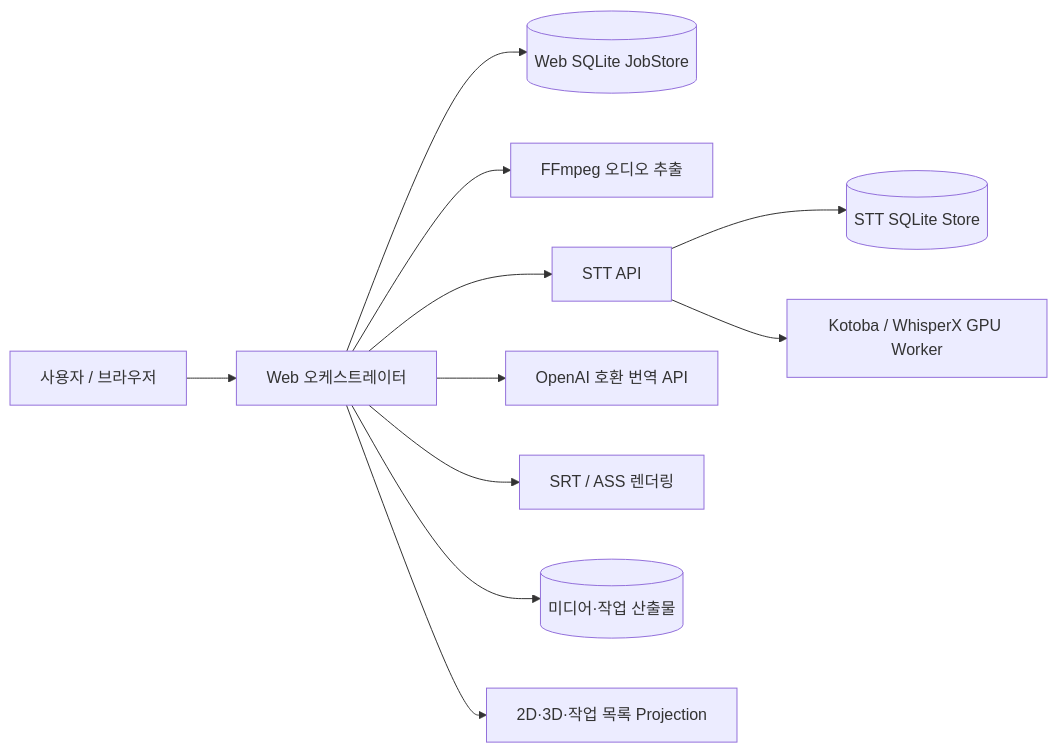
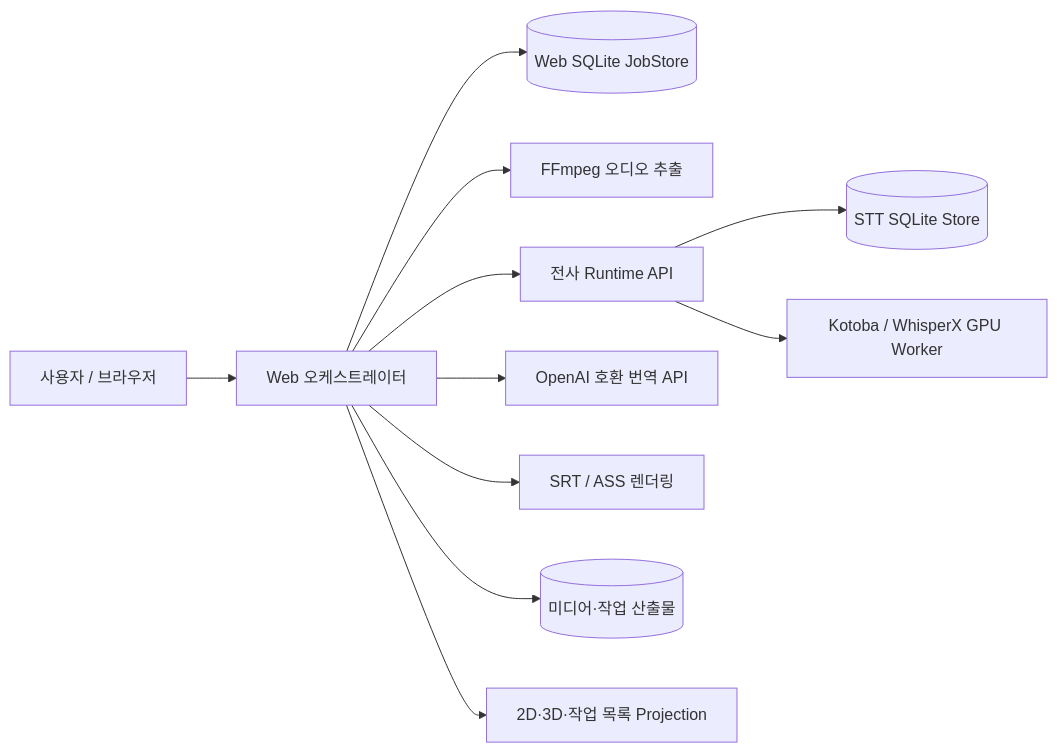
The first of 5 diagrams in docs/backend-refactoring-analysis.md (blackark87/stt-to-subtitle), drawn with Mermaid before and after one commit. The commit also changed other lines of this file and 18 other files, not shown here.

````diff
--- a/docs/backend-refactoring-analysis.md
+++ b/docs/backend-refactoring-analysis.md
@@ -63,13 +63,13 @@
 ```mermaid
 flowchart LR
     U[사용자 / 브라우저] --> W[Web 오케스트레이터]
     W --> J[(Web SQLite JobStore)]
     W --> F[FFmpeg 오디오 추출]
-    W --> S[STT API]
+    W --> S[전사 Runtime API]
     S --> SJ[(STT SQLite Store)]
     S --> G[Kotoba / WhisperX GPU Worker]
     W --> L[OpenAI 호환 번역 API]
     W --> R[SRT / ASS 렌더링]
     W --> M[(미디어·작업 산출물)]
     W --> P[2D·3D·작업 목록 Projection]
 ```
````
